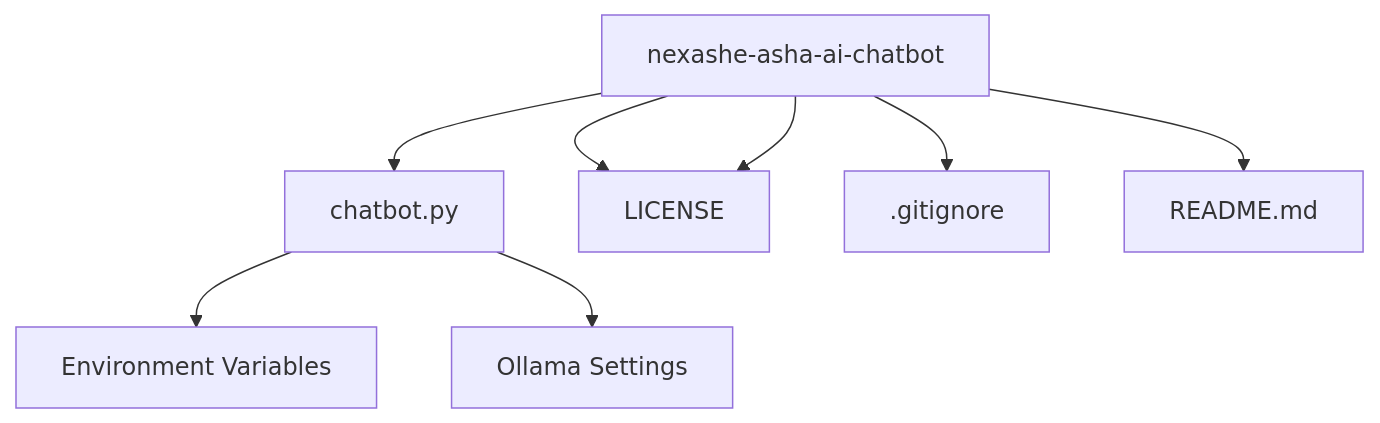
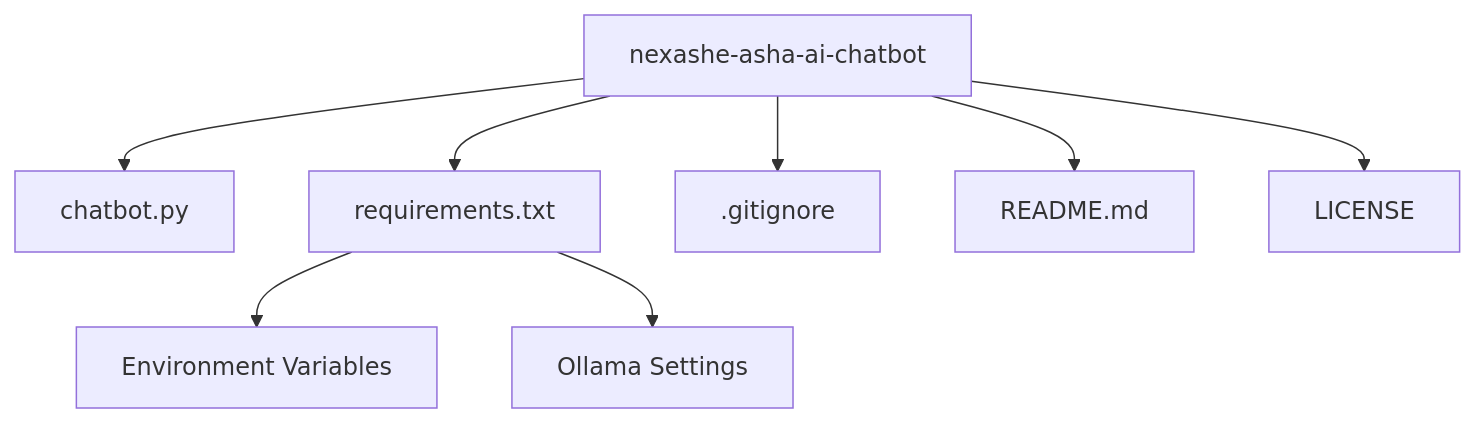
One commit to SnehaDeepikaP/NexaShe-s-Asha-AI-chatbot changed the diagram in README.md. Above: the diagram before and after it, drawn with Mermaid.

````diff
--- a/README.md
+++ b/README.md
@@ -101,10 +101,10 @@
 ```mermaid
 graph TD;
     A[nexashe-asha-ai-chatbot] --> B[chatbot.py];
-    A --> E[requirements.txt];
-    A --> C[.gitignore];
-    A --> D[README.md];
-    A --> E[LICENSE];
-    B --> F[Environment Variables];
-    B --> G[Ollama Settings];
+    A --> C[requirements.txt];
+    A --> D[.gitignore];
+    A --> E[README.md];
+    A --> F[LICENSE];
+    C --> G[Environment Variables];
+    C --> H[Ollama Settings];
 ```
````
